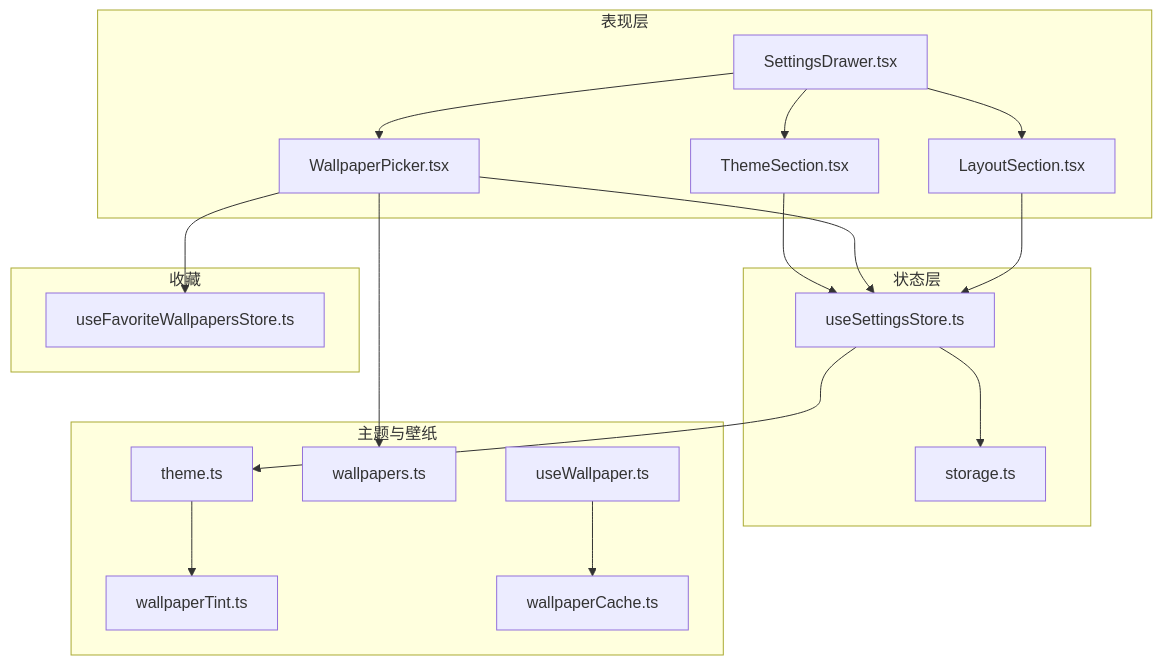
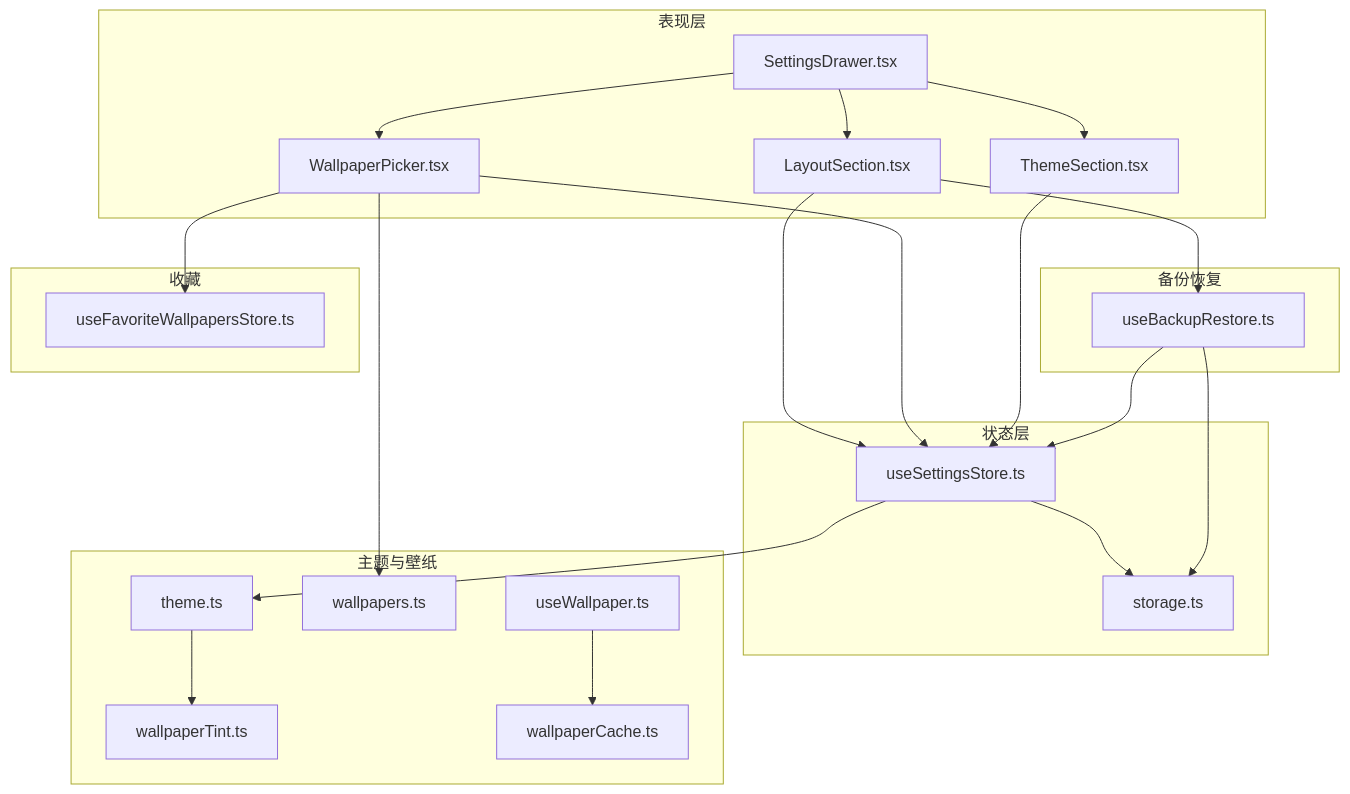
One commit to Zy0913/xtab changed the first of 4 diagrams in .qoder/repowiki/zh/content/状态管理系统/设置状态管理.md. Above: the diagram before and after it, drawn with Mermaid. The commit also changed other lines of this file and 15 other files, not shown here.

````diff
--- a/.qoder/repowiki/zh/content/状态管理系统/设置状态管理.md
+++ b/.qoder/repowiki/zh/content/状态管理系统/设置状态管理.md
@@ -46,35 +58,41 @@
 ```mermaid
 graph TB
 subgraph "状态层"
 A["useSettingsStore.ts"]
 B["storage.ts"]
 end
 subgraph "表现层"
 C["ThemeSection.tsx"]
 D["WallpaperPicker.tsx"]
 E["LayoutSection.tsx"]
 F["SettingsDrawer.tsx"]
 end
+subgraph "备份恢复"
+G["useBackupRestore.ts"]
+end
 subgraph "主题与壁纸"
-G["theme.ts"]
-H["wallpapers.ts"]
-I["wallpaperTint.ts"]
-J["useWallpaper.ts"]
-K["wallpaperCache.ts"]
+H["theme.ts"]
+I["wallpapers.ts"]
+J["wallpaperTint.ts"]
+K["useWallpaper.ts"]
+L["wallpaperCache.ts"]
 end
 subgraph "收藏"
-L["useFavoriteWallpapersStore.ts"]
+M["useFavoriteWallpapersStore.ts"]
 end
 F --> C
 F --> D
 F --> E
+E --> G
+G --> A
+G --> B
 C --> A
 D --> A
 E --> A
 A --> B
-A --> G
-D --> H
-G --> I
-J --> K
-D --> L
+A --> H
+D --> I
+H --> J
+K --> L
+D --> M
 ```
````
